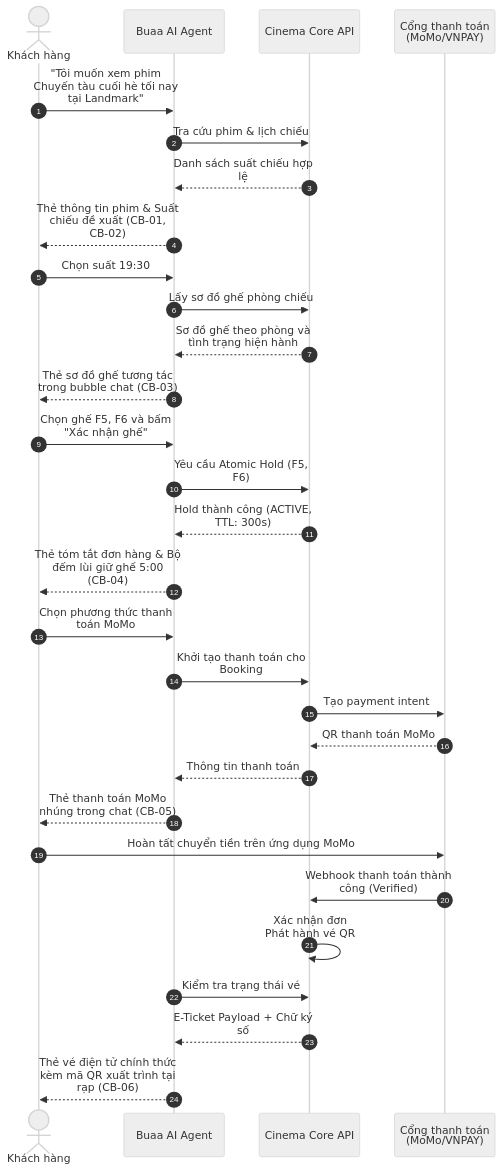
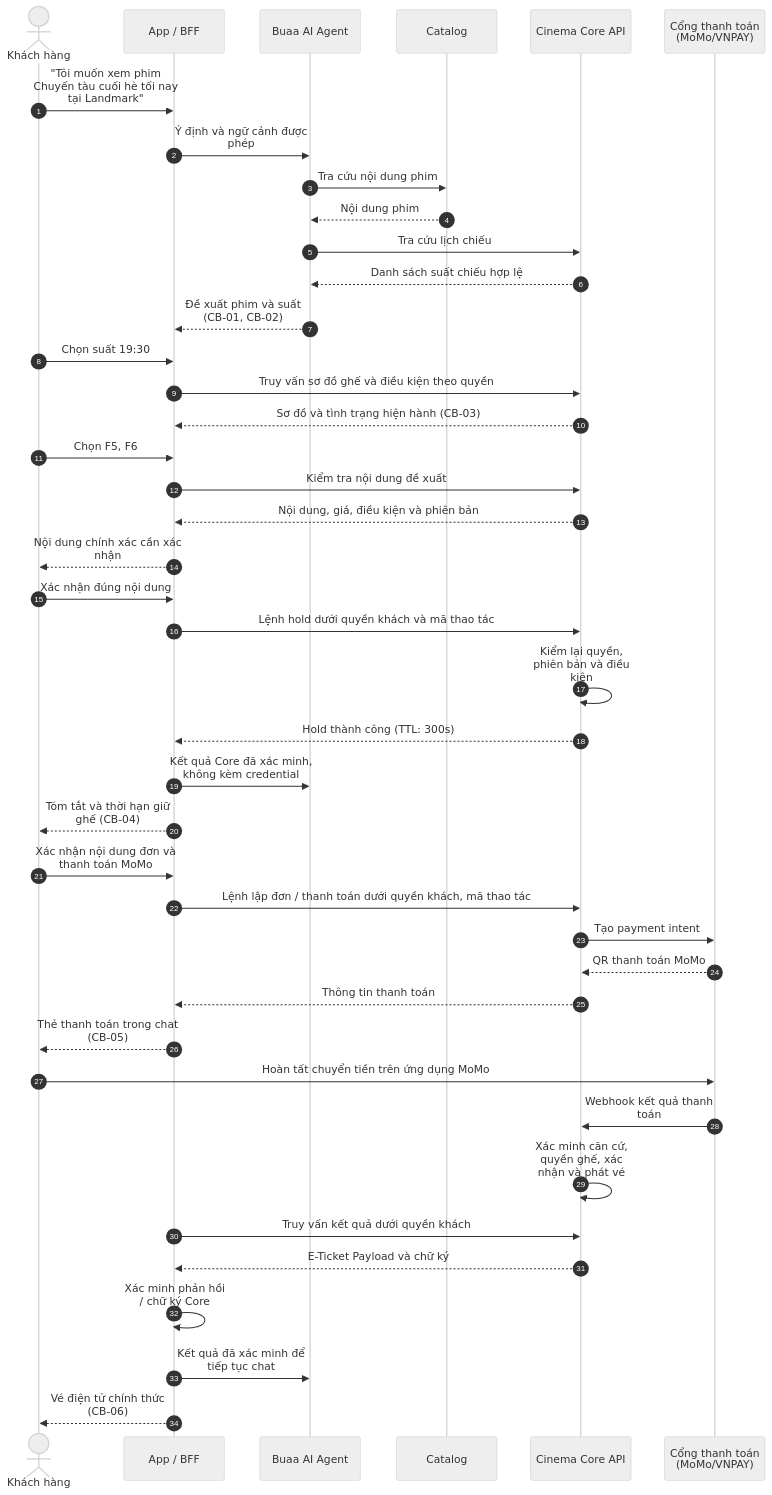
The diagram in docs/05-specs/conversational-booking.md (NhiBuaa/movie-booking-agent), drawn with Mermaid (neutral theme) before and after one commit. The commit also changed other lines of this file and 33 other files, not shown here.

Commit message:
docs: define seven-service architecture and reconcile project documentation

````diff
--- a/docs/05-specs/conversational-booking.md
+++ b/docs/05-specs/conversational-booking.md
@@ -37,38 +42,50 @@
 ```mermaid
 %%{init: {"sequence":{"useMaxWidth":false,"wrap":true}}}%%
 sequenceDiagram
     autonumber
     actor User as Khách hàng
+    participant App as App / BFF
     participant Agent as Buaa AI Agent
+    participant Catalog as Catalog
     participant Core as Cinema Core API
     participant Pay as Cổng thanh toán (MoMo/VNPAY)
 
-    User->>Agent: "Tôi muốn xem phim Chuyến tàu cuối hè tối nay tại Landmark"
-    Agent->>Core: Tra cứu phim & lịch chiếu
+    User->>App: "Tôi muốn xem phim Chuyến tàu cuối hè tối nay tại Landmark"
+    App->>Agent: Ý định và ngữ cảnh được phép
+    Agent->>Catalog: Tra cứu nội dung phim
+    Catalog-->>Agent: Nội dung phim
+    Agent->>Core: Tra cứu lịch chiếu
     Core-->>Agent: Danh sách suất chiếu hợp lệ
-    Agent-->>User: Thẻ thông tin phim & Suất chiếu đề xuất (CB-01, CB-02)
+    Agent-->>App: Đề xuất phim và suất (CB-01, CB-02)
 
-    User->>Agent: Chọn suất 19:30
-    Agent->>Core: Lấy sơ đồ ghế phòng chiếu
-    Core-->>Agent: Sơ đồ ghế theo phòng và tình trạng hiện hành
-    Agent-->>User: Thẻ sơ đồ ghế tương tác trong bubble chat (CB-03)
+    User->>App: Chọn suất 19:30
+    App->>Core: Truy vấn sơ đồ ghế và điều kiện theo quyền
+    Core-->>App: Sơ đồ và tình trạng hiện hành (CB-03)
+    User->>App: Chọn F5, F6
+    App->>Core: Kiểm tra nội dung đề xuất
+    Core-->>App: Nội dung, giá, điều kiện và phiên bản
+    App-->>User: Nội dung chính xác cần xác nhận
 
-    User->>Agent: Chọn ghế F5, F6 và bấm "Xác nhận ghế"
-    Agent->>Core: Yêu cầu Atomic Hold (F5, F6)
-    Core-->>Agent: Hold thành công (ACTIVE, TTL: 300s)
-    Agent-->>User: Thẻ tóm tắt đơn hàng & Bộ đếm lùi giữ ghế 5:00 (CB-04)
+    User->>App: Xác nhận đúng nội dung
+    App->>Core: Lệnh hold dưới quyền khách và mã thao tác
+    Core->>Core: Kiểm lại quyền, phiên bản và điều kiện
+    Core-->>App: Hold thành công (TTL: 300s)
+    App->>Agent: Kết quả Core đã xác minh, không kèm credential
+    App-->>User: Tóm tắt và thời hạn giữ ghế (CB-04)
 
-    User->>Agent: Chọn phương thức thanh toán MoMo
-    Agent->>Core: Khởi tạo thanh toán cho Booking
+    User->>App: Xác nhận nội dung đơn và thanh toán MoMo
+    App->>Core: Lệnh lập đơn / thanh toán dưới quyền khách, mã thao tác
     Core->>Pay: Tạo payment intent
     Pay-->>Core: QR thanh toán MoMo
-    Core-->>Agent: Thông tin thanh toán
-    Agent-->>User: Thẻ thanh toán MoMo nhúng trong chat (CB-05)
+    Core-->>App: Thông tin thanh toán
+    App-->>User: Thẻ thanh toán trong chat (CB-05)
 
     User->>Pay: Hoàn tất chuyển tiền trên ứng dụng MoMo
-    Pay->>Core: Webhook thanh toán thành công (Verified)
-    Core->>Core: Xác nhận đơn<br/>Phát hành vé QR
-    Agent->>Core: Kiểm tra trạng thái vé
-    Core-->>Agent: E-Ticket Payload + Chữ ký số
-    Agent-->>User: Thẻ vé điện tử chính thức kèm mã QR xuất trình tại rạp (CB-06)
+    Pay->>Core: Webhook kết quả thanh toán
+    Core->>Core: Xác minh căn cứ, quyền ghế, xác nhận và phát vé
+    App->>Core: Truy vấn kết quả dưới quyền khách
+    Core-->>App: E-Ticket Payload và chữ ký
+    App->>App: Xác minh phản hồi / chữ ký Core
+    App->>Agent: Kết quả đã xác minh để tiếp tục chat
+    App-->>User: Vé điện tử chính thức (CB-06)
 ```
````
